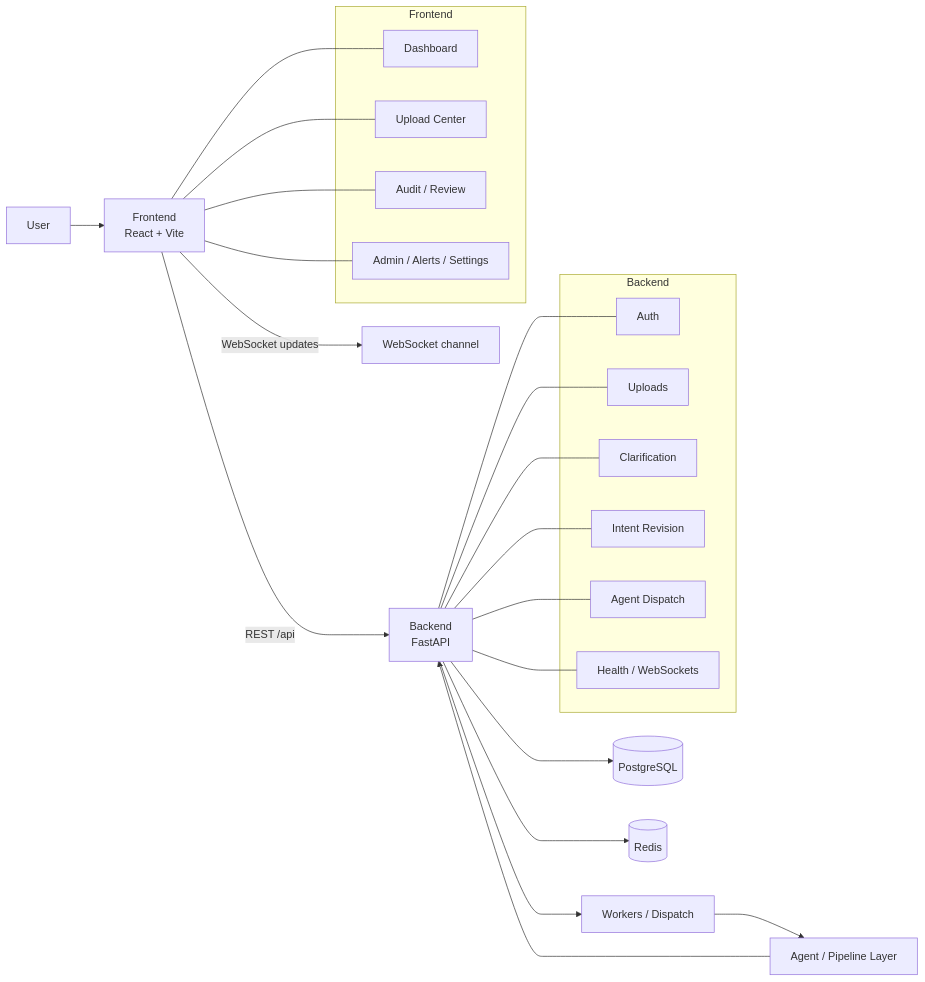
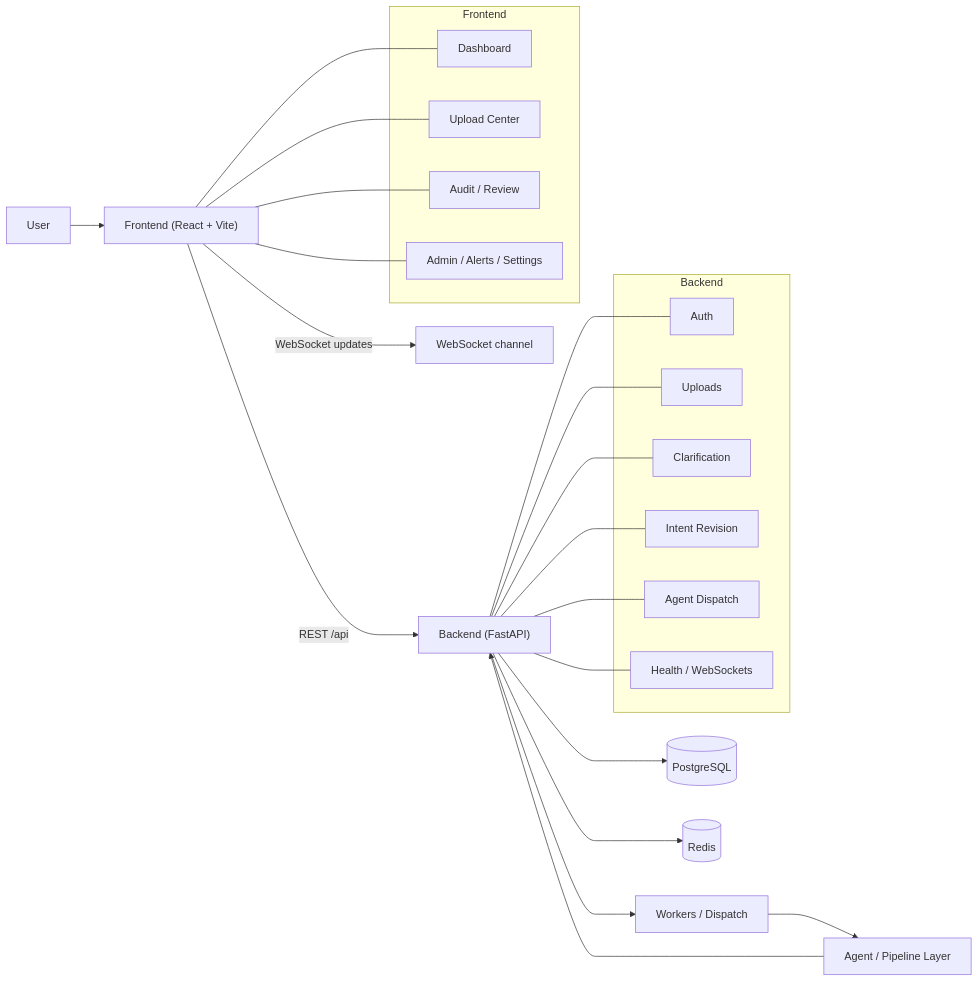
The first of 3 diagrams in README.md (Manas1kukreti/FInFlow), drawn with Mermaid before and after one commit.

Commit message:
docs: replace <br/> in Mermaid labels so the diagram renders
The <br/> HTML tag in the flowchart node labels broke rendering (< and > are special chars rejected by strict Mermaid renderers, shown as 'Unable to render rich display'). Use plain quoted labels 'Frontend (React + Vite)' / 'Backend (FastAPI)' instead. Verified all three README diagrams render via mermaid.ink.

````diff
--- a/README.md
+++ b/README.md
@@ -32,38 +32,38 @@
 ```mermaid
 flowchart LR
-  U[User] --> F["Frontend<br/>React + Vite"]
-  F -->|REST /api| B["Backend<br/>FastAPI"]
+  U[User] --> F["Frontend (React + Vite)"]
+  F -->|REST /api| B["Backend (FastAPI)"]
   F -->|WebSocket updates| WS[WebSocket channel]
   B --> DB[(PostgreSQL)]
   B --> R[(Redis)]
   B --> W[Workers / Dispatch]
   W --> AG[Agent / Pipeline Layer]
   AG --> B
 
   subgraph FE["Frontend"]
     F1[Dashboard]
     F2[Upload Center]
     F3[Audit / Review]
     F4[Admin / Alerts / Settings]
   end
 
   subgraph BE["Backend"]
     B1[Auth]
     B2[Uploads]
     B3[Clarification]
     B4[Intent Revision]
     B5[Agent Dispatch]
     B6[Health / WebSockets]
   end
 
   F --- F1
   F --- F2
   F --- F3
   F --- F4
   B --- B1
   B --- B2
   B --- B3
   B --- B4
   B --- B5
   B --- B6
 ```
````
